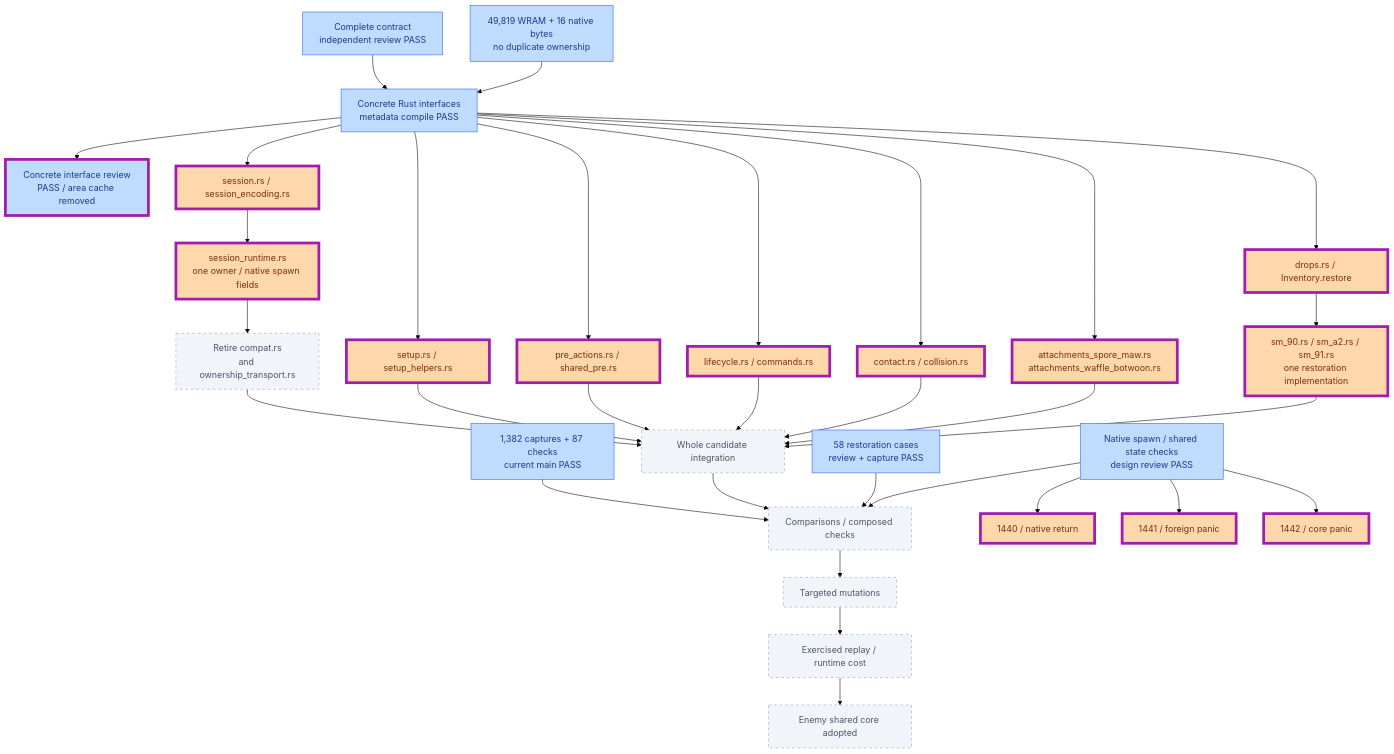
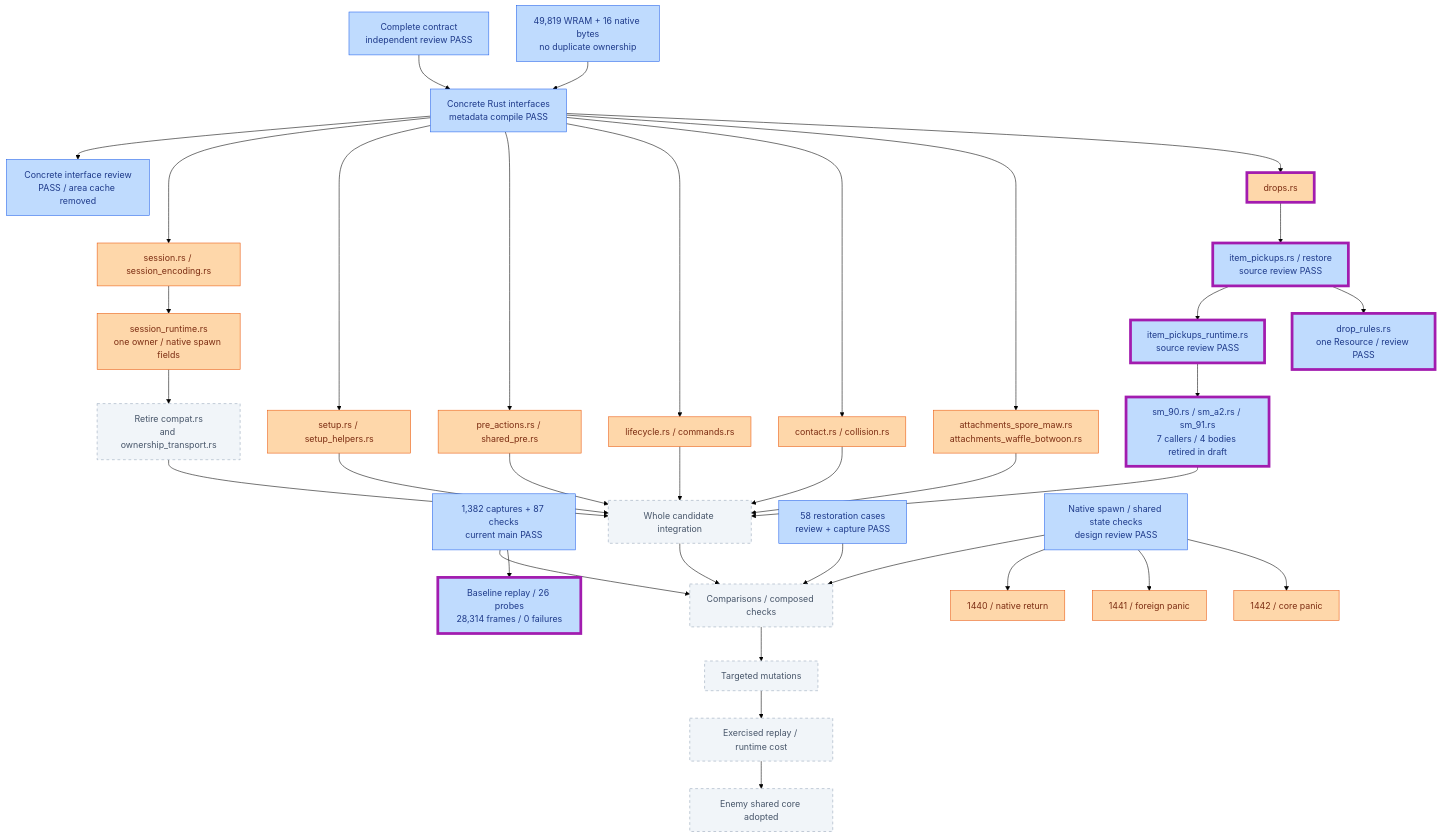
Before and after one commit to JimLundin/sm-decomp: the first of 10 diagrams in PROGRESS.md, drawn with Mermaid (forest theme). The commit also changed 2 other files, not shown here.

Commit message:
Record reviewed restoration consolidation and passing 26-probe baseline

````diff
--- a/PROGRESS.md
+++ b/PROGRESS.md
@@ -12,41 +12,45 @@
 ```mermaid
 flowchart TB
     CONTRACT["Complete contract<br/>independent review PASS"]:::checked
     UNION["49,819 WRAM + 16 native bytes<br/>no duplicate ownership"]:::checked
     CONTRACT --> API["Concrete Rust interfaces<br/>metadata compile PASS"]:::checked
     API --> REVIEW["Concrete interface review<br/>PASS / area cache removed"]:::checked
     UNION --> API
     REF["1,382 captures + 87 checks<br/>current main PASS"]:::checked
     API --> S["session.rs / session_encoding.rs"]:::active
     S --> R["session_runtime.rs<br/>one owner / native spawn fields"]:::active
     API --> SETUP["setup.rs / setup_helpers.rs"]:::active
     API --> PRE["pre_actions.rs / shared_pre.rs"]:::active
     API --> LIFE["lifecycle.rs / commands.rs"]:::active
     API --> CONTACT["contact.rs / collision.rs"]:::active
     API --> ATTACH["attachments_spore_maw.rs<br/>attachments_waffle_botwoon.rs"]:::active
-    API --> DROP["drops.rs / Inventory.restore"]:::active
-    DROP --> CALL["sm_90.rs / sm_a2.rs / sm_91.rs<br/>one restoration implementation"]:::active
+    API --> DROP["drops.rs"]:::active
+    DROP --> INV["item_pickups.rs / restore<br/>source review PASS"]:::checked
+    INV --> IRT["item_pickups_runtime.rs<br/>source review PASS"]:::checked
+    INV --> RESOURCE["drop_rules.rs<br/>one Resource / review PASS"]:::checked
+    IRT --> CALL["sm_90.rs / sm_a2.rs / sm_91.rs<br/>7 callers / 4 bodies retired in draft"]:::checked
     R --> RETIRE["Retire compat.rs<br/>and ownership_transport.rs"]:::pending
     SETUP --> MERGE["Whole candidate integration"]:::pending
     PRE --> MERGE
     LIFE --> MERGE
     CONTACT --> MERGE
     ATTACH --> MERGE
     CALL --> MERGE
     RETIRE --> MERGE
     RESTORE["58 restoration cases<br/>review + capture PASS"]:::checked --> VERIFY["Comparisons / composed checks"]:::pending
     NATIVE["Native spawn / shared state checks<br/>design review PASS"]:::checked --> VERIFY
     NATIVE --> NRET["1440 / native return"]:::active
     NATIVE --> NPANIC["1441 / foreign panic"]:::active
     NATIVE --> CPANIC["1442 / core panic"]:::active
     MERGE --> VERIFY
     REF --> VERIFY
+    REF --> BASEPLAY["Baseline replay / 26 probes<br/>28,314 frames / 0 failures"]:::checked
     VERIFY --> MUT["Targeted mutations"]:::pending
     MUT --> PLAY["Exercised replay / runtime cost"]:::pending
     PLAY --> ADOPT["Enemy shared core adopted"]:::pending
-    class REVIEW,S,R,SETUP,PRE,LIFE,CONTACT,ATTACH,DROP,CALL,NRET,NPANIC,CPANIC changed
+    class DROP,INV,IRT,RESOURCE,CALL,BASEPLAY changed
     classDef checked fill:#bfdbfe,stroke:#2563eb,color:#1e3a8a
     classDef active fill:#fed7aa,stroke:#ea580c,color:#7c2d12
     classDef pending fill:#f1f5f9,stroke:#94a3b8,color:#475569,stroke-dasharray:5 5
     classDef changed stroke:#a21caf,stroke-width:5px
 ```
````
